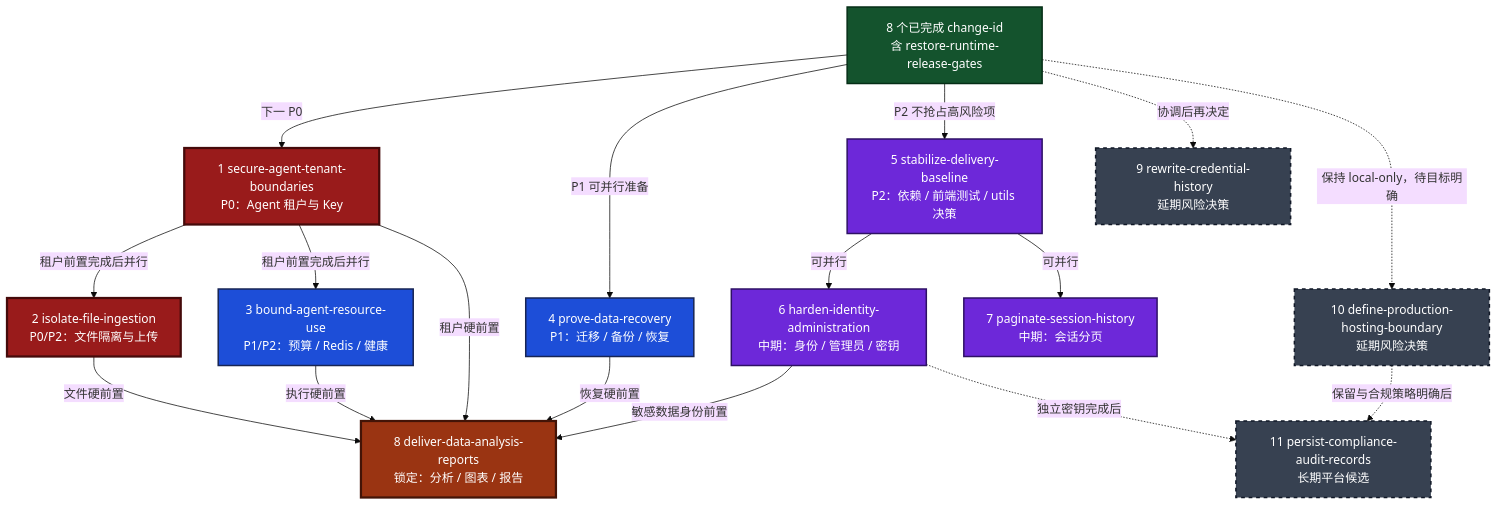
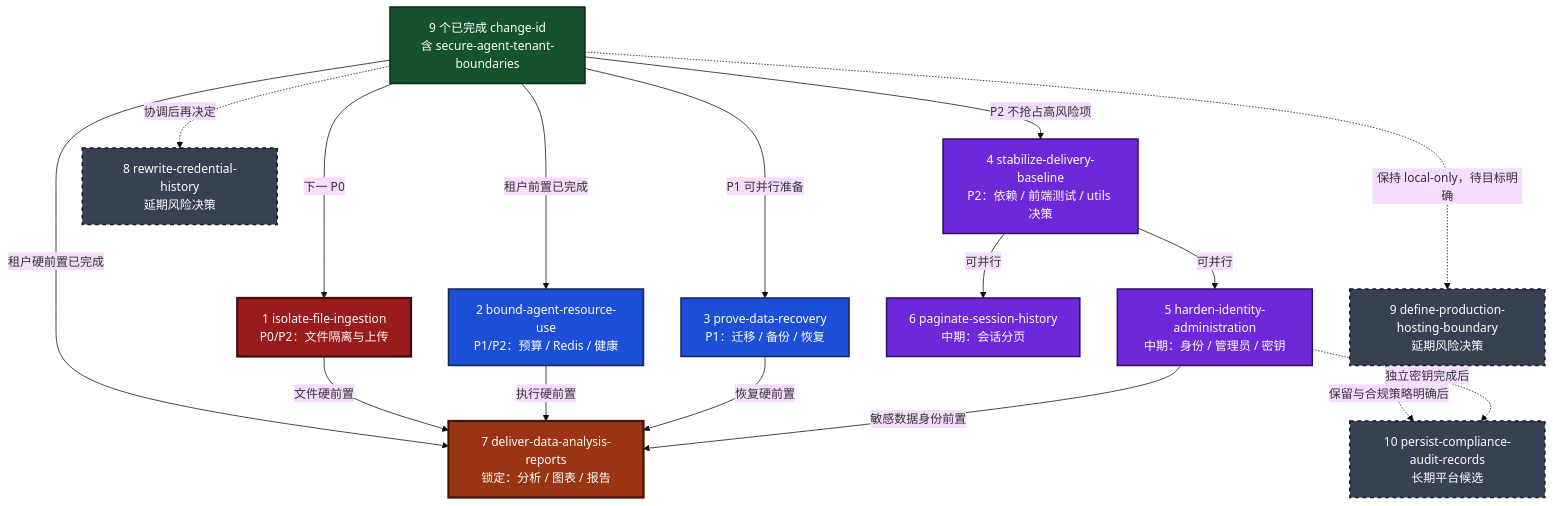
One commit to jwj911/deep_data_agent changed the diagram in .trae/documents/roadmap.md. Above: the diagram before and after it, drawn with Mermaid (base theme). The commit also changed other lines of this file and 30 other files, not shown here.

Commit message:
feat: secure agent tenant boundaries

````diff
--- a/.trae/documents/roadmap.md
+++ b/.trae/documents/roadmap.md
@@ -51,45 +53,43 @@
 ```mermaid
 flowchart TD
-    DONE["8 个已完成 change-id<br/>含 restore-runtime-release-gates"]:::completed
+    DONE["9 个已完成 change-id<br/>含 secure-agent-tenant-boundaries"]:::completed
 
-    TENANT["1 secure-agent-tenant-boundaries<br/>P0：Agent 租户与 Key"]:::critical
-    FILE["2 isolate-file-ingestion<br/>P0/P2：文件隔离与上传"]:::critical
-    BUDGET["3 bound-agent-resource-use<br/>P1/P2：预算 / Redis / 健康"]:::parallel
-    RECOVERY["4 prove-data-recovery<br/>P1：迁移 / 备份 / 恢复"]:::parallel
-    BASE["5 stabilize-delivery-baseline<br/>P2：依赖 / 前端测试 / utils 决策"]:::medium
+    FILE["1 isolate-file-ingestion<br/>P0/P2：文件隔离与上传"]:::critical
+    BUDGET["2 bound-agent-resource-use<br/>P1/P2：预算 / Redis / 健康"]:::parallel
+    RECOVERY["3 prove-data-recovery<br/>P1：迁移 / 备份 / 恢复"]:::parallel
+    BASE["4 stabilize-delivery-baseline<br/>P2：依赖 / 前端测试 / utils 决策"]:::medium
 
-    IDENTITY["6 harden-identity-administration<br/>中期：身份 / 管理员 / 密钥"]:::medium
-    PAGE["7 paginate-session-history<br/>中期：会话分页"]:::medium
-    ANALYSIS["8 deliver-data-analysis-reports<br/>锁定：分析 / 图表 / 报告"]:::locked
+    IDENTITY["5 harden-identity-administration<br/>中期：身份 / 管理员 / 密钥"]:::medium
+    PAGE["6 paginate-session-history<br/>中期：会话分页"]:::medium
+    ANALYSIS["7 deliver-data-analysis-reports<br/>锁定：分析 / 图表 / 报告"]:::locked
 
-    HISTORY["9 rewrite-credential-history<br/>延期风险决策"]:::deferred
-    HOSTING["10 define-production-hosting-boundary<br/>延期风险决策"]:::deferred
-    AUDIT["11 persist-compliance-audit-records<br/>长期平台候选"]:::deferred
+    HISTORY["8 rewrite-credential-history<br/>延期风险决策"]:::deferred
+    HOSTING["9 define-production-hosting-boundary<br/>延期风险决策"]:::deferred
+    AUDIT["10 persist-compliance-audit-records<br/>长期平台候选"]:::deferred
 
-    DONE -->|下一 P0| TENANT
+    DONE -->|下一 P0| FILE
+    DONE -->|租户前置已完成| BUDGET
     DONE -->|P1 可并行准备| RECOVERY
     DONE -->|P2 不抢占高风险项| BASE
 
-    TENANT -->|租户前置完成后并行| FILE
-    TENANT -->|租户前置完成后并行| BUDGET
     BASE -->|可并行| IDENTITY
     BASE -->|可并行| PAGE
 
-    TENANT -->|租户硬前置| ANALYSIS
+    DONE -->|租户硬前置已完成| ANALYSIS
     FILE -->|文件硬前置| ANALYSIS
     BUDGET -->|执行硬前置| ANALYSIS
     RECOVERY -->|恢复硬前置| ANALYSIS
     IDENTITY -->|敏感数据身份前置| ANALYSIS
 
     DONE -.->|协调后再决定| HISTORY
     DONE -.->|保持 local-only，待目标明确| HOSTING
     HOSTING -.->|保留与合规策略明确后| AUDIT
     IDENTITY -.->|独立密钥完成后| AUDIT
 
     classDef completed fill:#14532d,color:#ffffff,stroke:#052e16,stroke-width:2px;
     classDef critical fill:#991b1b,color:#ffffff,stroke:#450a0a,stroke-width:3px;
     classDef parallel fill:#1d4ed8,color:#ffffff,stroke:#172554,stroke-width:2px;
     classDef medium fill:#6d28d9,color:#ffffff,stroke:#2e1065,stroke-width:2px;
     classDef locked fill:#9a3412,color:#ffffff,stroke:#431407,stroke-width:3px;
     classDef deferred fill:#374151,color:#ffffff,stroke:#111827,stroke-width:2px,stroke-dasharray:5 5;
 ```
````
